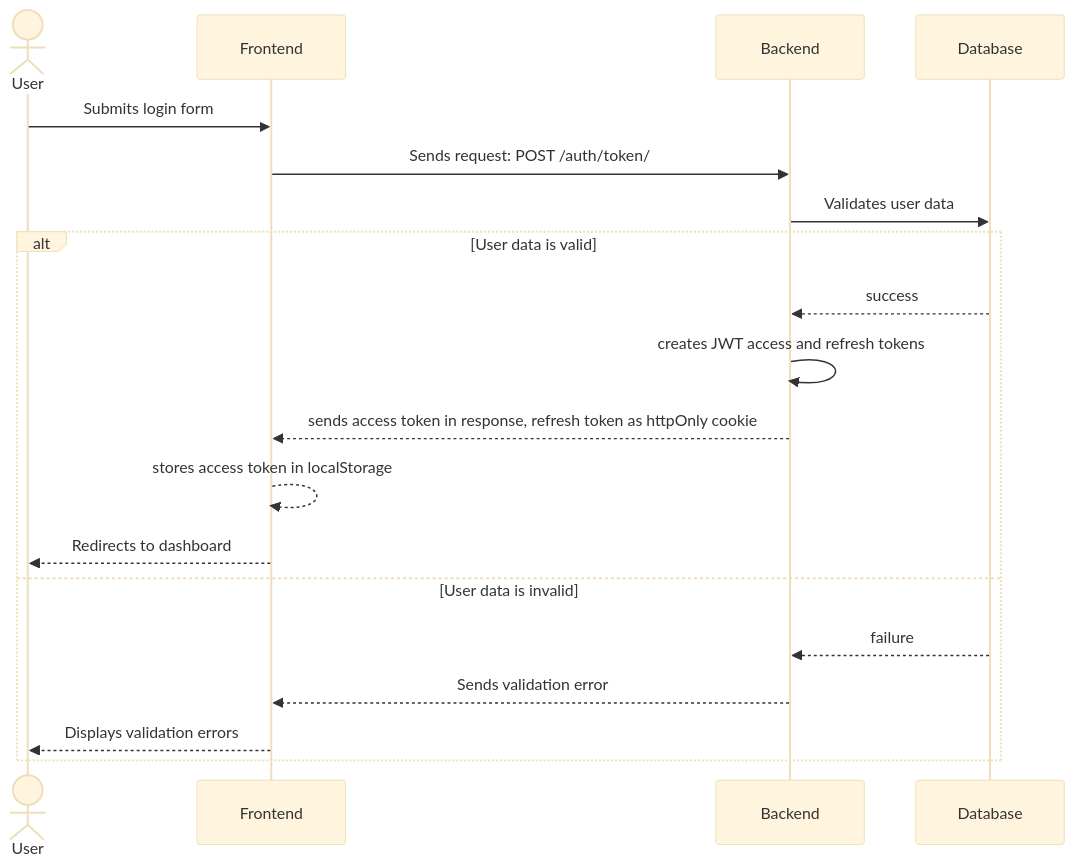
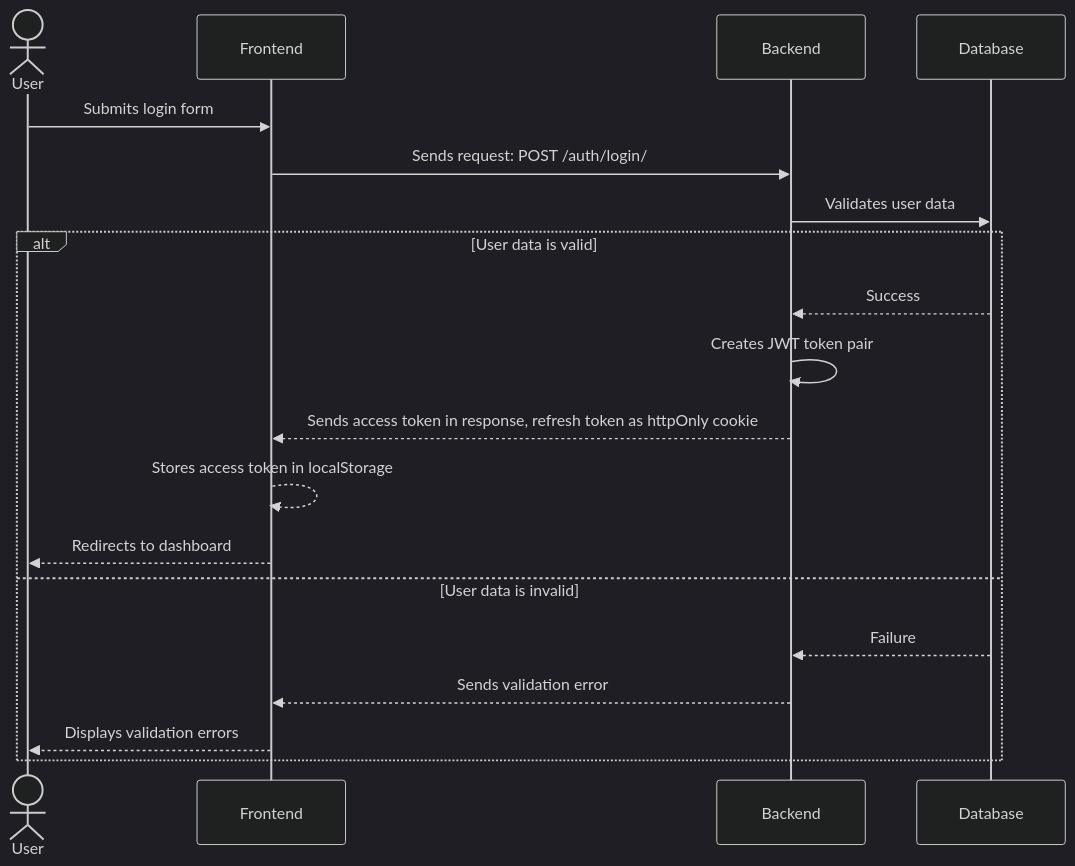
The diagram in docs/auth/login.mmd (mandacode/mandacodigo-backend), drawn with Mermaid before and after one commit. The commit also changed 3 other files, not shown here.

Commit message:
Add base color for mermaid diagrams

```diff
--- a/docs/auth/login.mmd
+++ b/docs/auth/login.mmd
@@ -1,23 +1,23 @@
-%%{init: {'theme':'base'}}%%
+%%{init: {'theme':'dark'}}%%
 
 sequenceDiagram
     actor User
     participant FE as Frontend
     participant BE as Backend
     participant DB as Database
 
     User ->> FE: Submits login form
-    FE ->> BE: Sends request: POST /auth/token/
+    FE ->> BE: Sends request: POST /auth/login/
     BE ->> DB: Validates user data
 
     alt User data is valid
-        DB -->> BE: success
-        BE ->> BE: creates JWT access and refresh tokens
-        BE -->> FE: sends access token in response, refresh token as httpOnly cookie
-        FE -->> FE: stores access token in localStorage
+        DB -->> BE: Success
+        BE ->> BE: Creates JWT token pair
+        BE -->> FE: Sends access token in response, refresh token as httpOnly cookie
+        FE -->> FE: Stores access token in localStorage
         FE -->> User: Redirects to dashboard
     else User data is invalid
-        DB -->> BE: failure
+        DB -->> BE: Failure
         BE -->> FE: Sends validation error
         FE -->> User: Displays validation errors
     end
```
